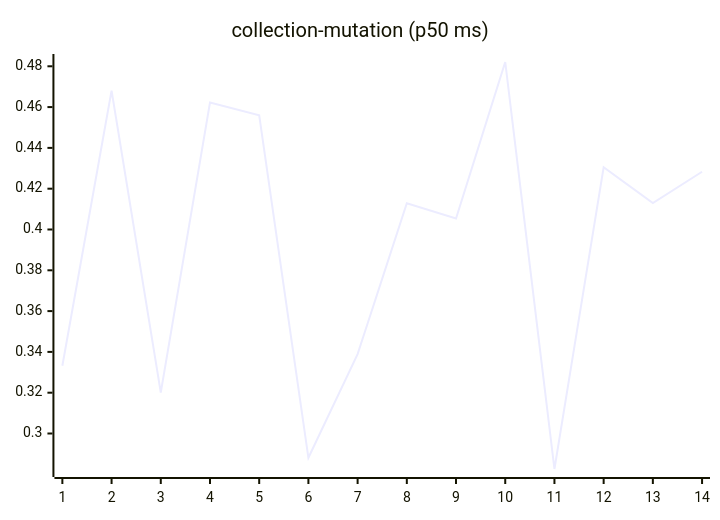
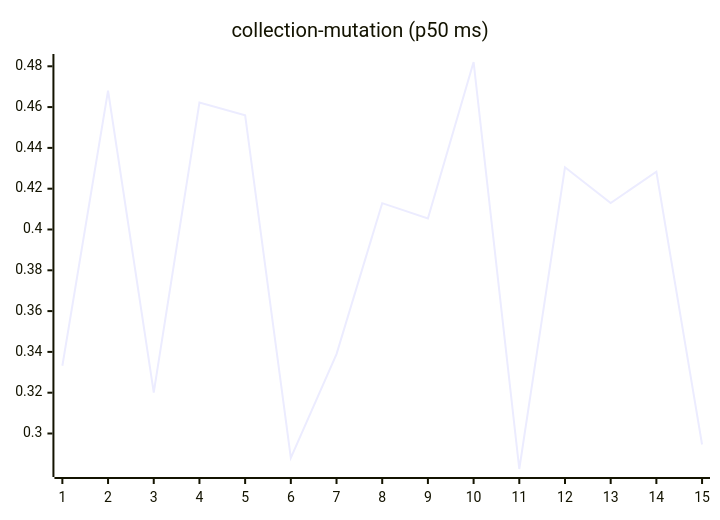
Before and after one commit to josha/Facet: the sixth of 27 diagrams in README.md, drawn with Mermaid. The commit also changed other lines of this file and 2 other files, not shown here.

````diff
--- a/README.md
+++ b/README.md
@@ -98,6 +98,6 @@
 ```mermaid
 xychart-beta
     title "collection-mutation (p50 ms)"
-    x-axis 1 --> 14
-    line [0.3332, 0.4681, 0.3201, 0.4622, 0.4560, 0.2881, 0.3389, 0.4129, 0.4054, 0.4821, 0.2826, 0.4305, 0.4130, 0.4283]
+    x-axis 1 --> 15
+    line [0.3332, 0.4681, 0.3201, 0.4622, 0.4560, 0.2881, 0.3389, 0.4129, 0.4054, 0.4821, 0.2826, 0.4305, 0.4130, 0.4283, 0.2946]
 ```
````
